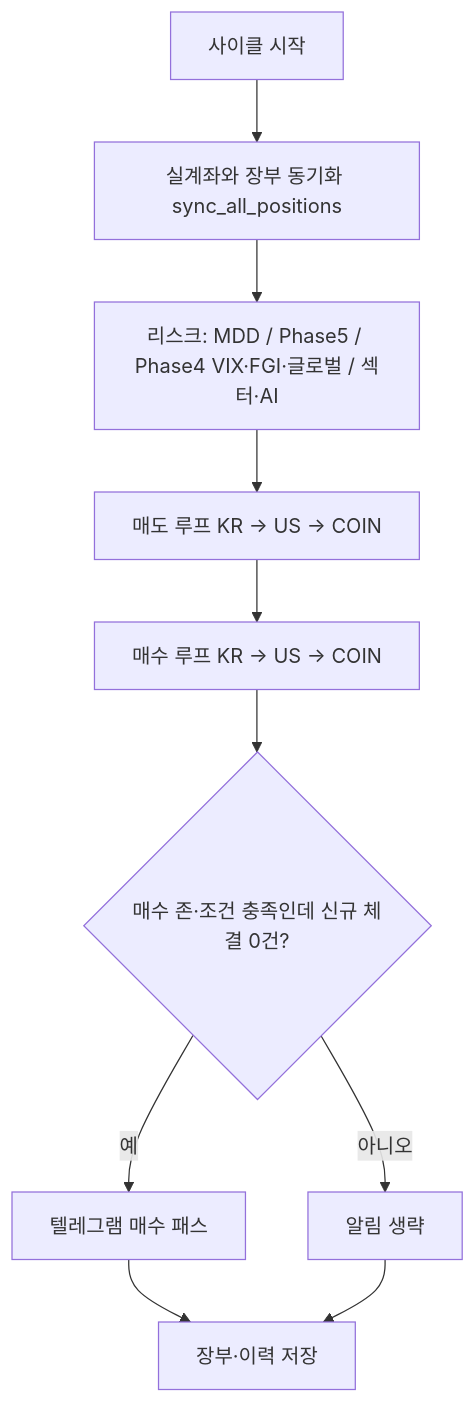
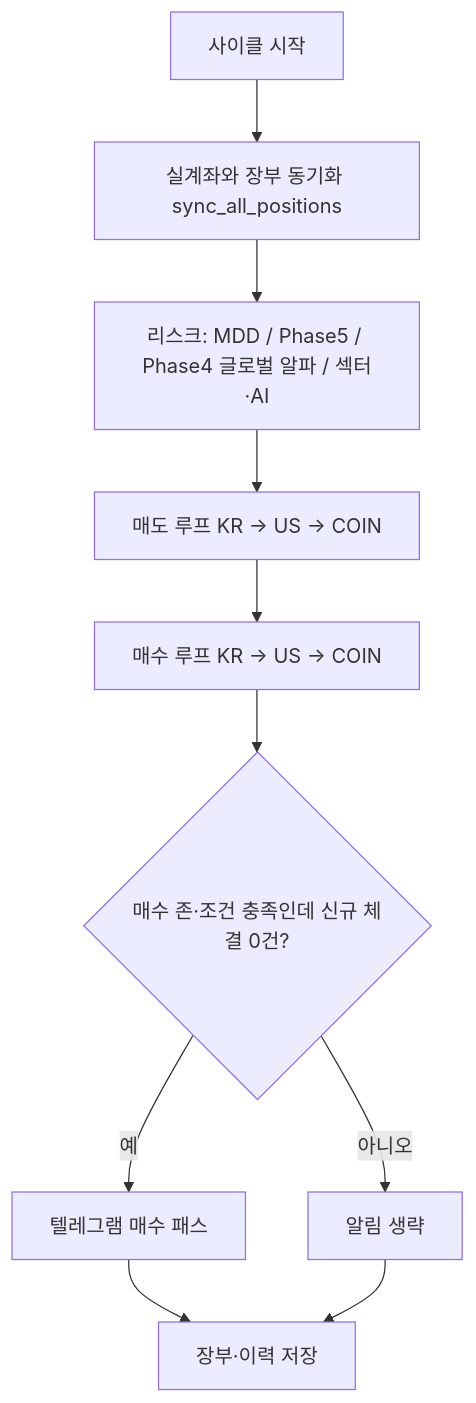
One commit to psyo1o/trade changed the diagram in README.md. Above: the diagram before and after it, drawn with Mermaid. The commit also changed other lines of this file and 24 other files, not shown here.

````diff
--- a/README.md
+++ b/README.md
@@ -179,12 +179,12 @@
 ```mermaid
 flowchart TD
   A[사이클 시작] --> B[실계좌와 장부 동기화 sync_all_positions]
-  B --> C[리스크: MDD / Phase5 / Phase4 VIX·FGI·글로벌 / 섹터·AI]
+  B --> C[리스크: MDD / Phase5 / Phase4 글로벌 알파 / 섹터·AI]
   C --> D[매도 루프 KR → US → COIN]
   D --> E[매수 루프 KR → US → COIN]
   E --> F{매수 존·조건 충족인데 신규 체결 0건?}
   F -->|예| G[텔레그램 매수 패스]
   F -->|아니오| H[알림 생략]
   G --> I[장부·이력 저장]
   H --> I
 ```
````
